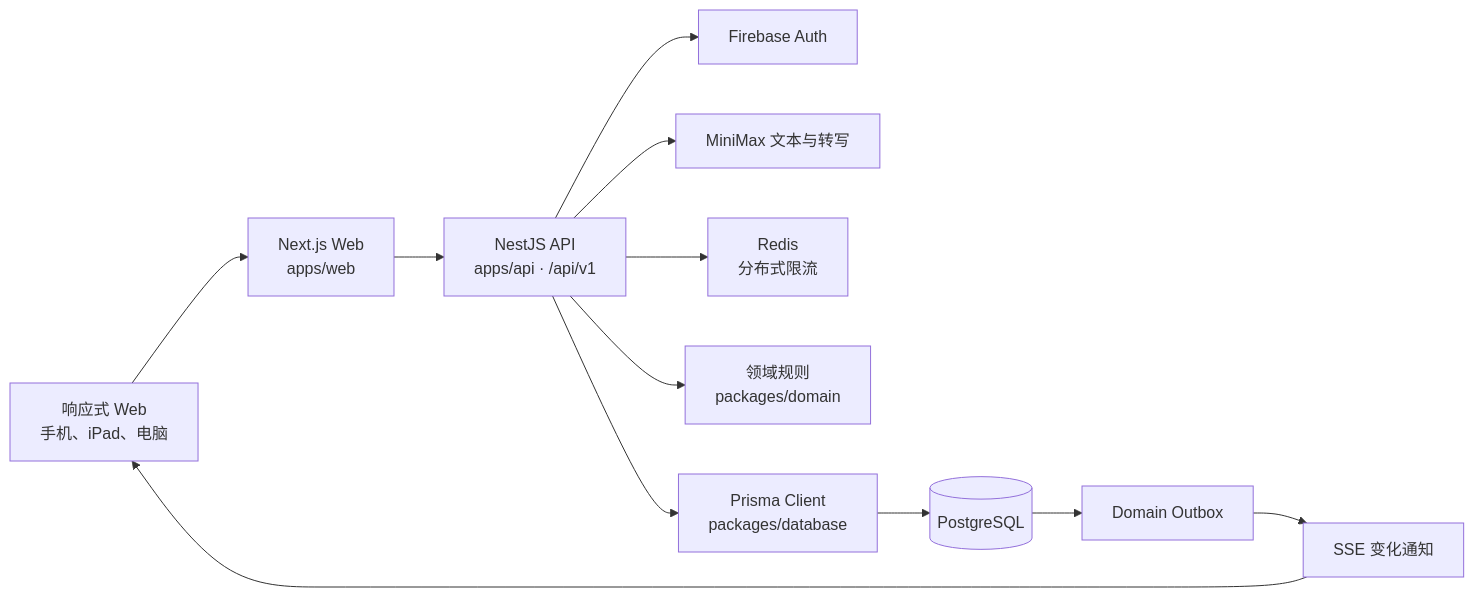
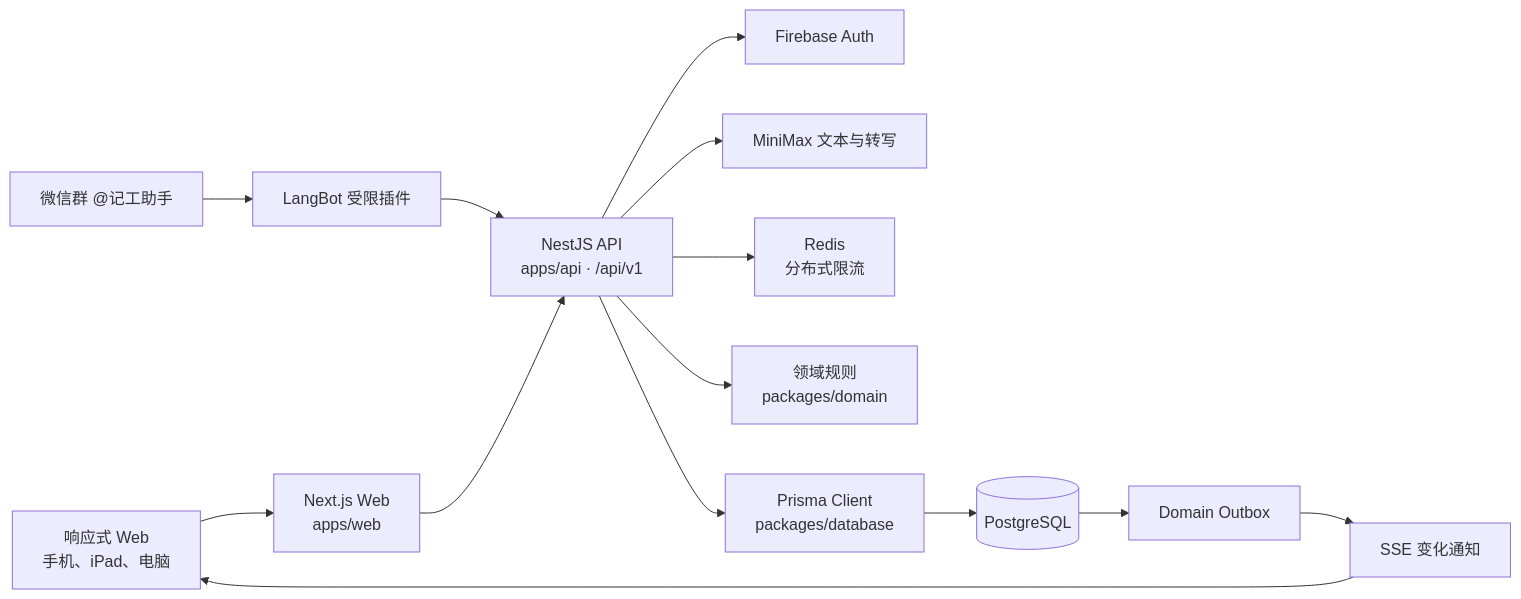
One commit to Redonkatonkk/massage-note changed the diagram in docs/engineering/ARCHITECTURE.md. Above: the diagram before and after it, drawn with Mermaid. The commit also changed other lines of this file and 49 other files, not shown here.

Commit message:
feat: deploy LangBot work bot integration

````diff
--- a/docs/engineering/ARCHITECTURE.md
+++ b/docs/engineering/ARCHITECTURE.md
@@ -10,14 +10,16 @@
 ```mermaid
 flowchart LR
     Browser["响应式 Web<br/>手机、iPad、电脑"] --> Web["Next.js Web<br/>apps/web"]
+    WeChat["微信群 @记工助手"] --> LangBot["LangBot 受限插件"]
+    LangBot --> API
     Web --> API["NestJS API<br/>apps/api · /api/v1"]
     API --> Auth["Firebase Auth"]
     API --> AI["MiniMax 文本与转写"]
     API --> Redis["Redis<br/>分布式限流"]
     API --> Domain["领域规则<br/>packages/domain"]
     API --> Prisma["Prisma Client<br/>packages/database"]
     Prisma --> PG[(PostgreSQL)]
     PG --> Outbox["Domain Outbox"]
     Outbox --> SSE["SSE 变化通知"]
     SSE --> Browser
 ```
````
